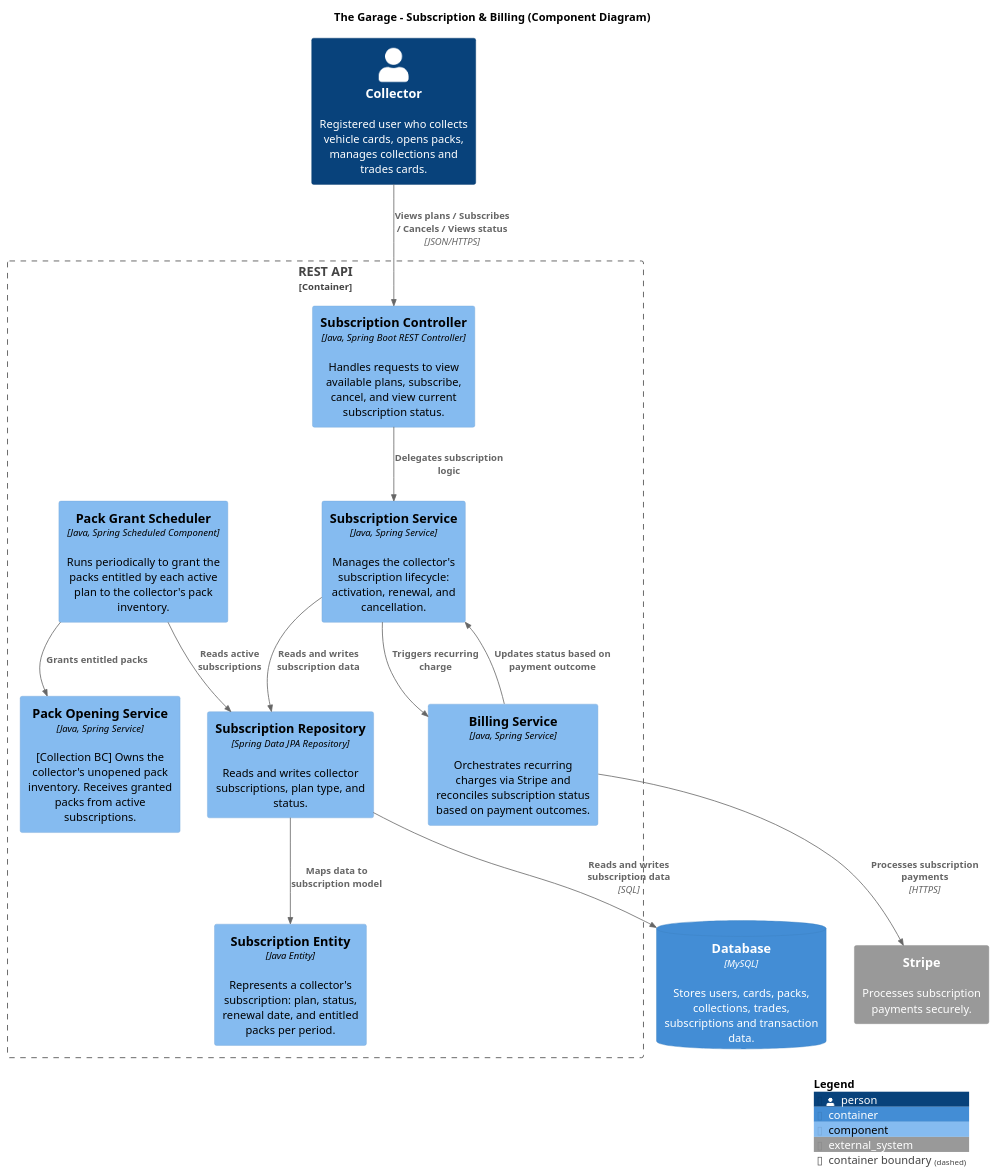
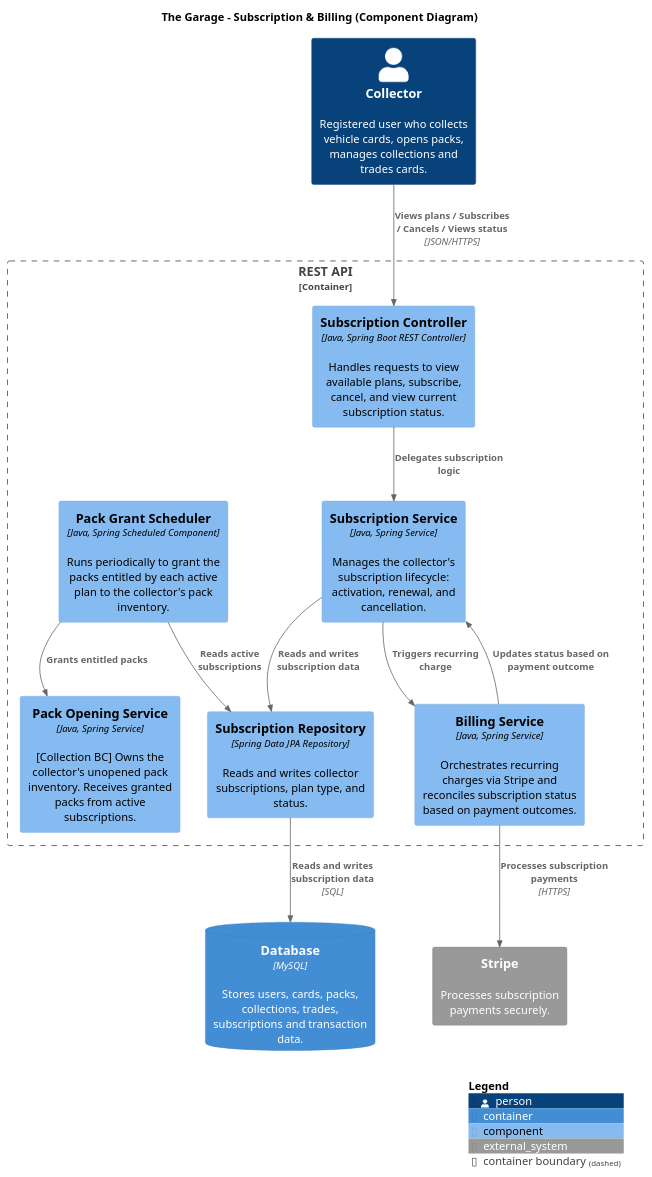
The diagram in diagrams/ComponentDiagrams/Subscription-ComponentDiagram.puml (the-garage-studio/the-garage-c4-model-design), drawn with PlantUML before and after one commit.

Commit message:
update: fix some problems with the subscription component diagram code

```diff
--- a/diagrams/ComponentDiagrams/Subscription-ComponentDiagram.puml
+++ b/diagrams/ComponentDiagrams/Subscription-ComponentDiagram.puml
@@ -1,45 +1,43 @@
 @startuml Subscription_ComponentDiagram
 !include https://raw.githubusercontent.com/plantuml-stdlib/C4-PlantUML/master/C4_Component.puml
 
 LAYOUT_WITH_LEGEND()
 
 title The Garage - Subscription & Billing (Component Diagram)
 
 Person(collector, "Collector", "Registered user who collects vehicle cards, opens packs, manages collections and trades cards.")
 
 System_Ext(stripe, "Stripe", "Processes subscription payments securely.")
 
 Container_Boundary(api, "REST API") {
 
     Component(subscription_controller, "Subscription Controller", "Java, Spring Boot REST Controller", "Handles requests to view available plans, subscribe, cancel, and view current subscription status.")
 
     Component(subscription_service, "Subscription Service", "Java, Spring Service", "Manages the collector's subscription lifecycle: activation, renewal, and cancellation.")
     Component(billing_service, "Billing Service", "Java, Spring Service", "Orchestrates recurring charges via Stripe and reconciles subscription status based on payment outcomes.")
     Component(pack_grant_scheduler, "Pack Grant Scheduler", "Java, Spring Scheduled Component", "Runs periodically to grant the packs entitled by each active plan to the collector's pack inventory.")
 
     Component(pack_opening_service, "Pack Opening Service", "Java, Spring Service", "[Collection BC] Owns the collector's unopened pack inventory. Receives granted packs from active subscriptions.")
 
     Component(subscription_repository, "Subscription Repository", "Spring Data JPA Repository", "Reads and writes collector subscriptions, plan type, and status.")
-    Component(subscription_entity, "Subscription Entity", "Java Entity", "Represents a collector's subscription: plan, status, renewal date, and entitled packs per period.")
 }
 
 ContainerDb(database, "Database", "MySQL", "Stores users, cards, packs, collections, trades, subscriptions and transaction data.")
 
 Rel(collector, subscription_controller, "Views plans / Subscribes / Cancels / Views status", "JSON/HTTPS")
 
 Rel(subscription_controller, subscription_service, "Delegates subscription logic")
 
 Rel(subscription_service, subscription_repository, "Reads and writes subscription data")
 Rel(subscription_service, billing_service, "Triggers recurring charge")
 
 Rel(billing_service, stripe, "Processes subscription payments", "HTTPS")
 Rel(billing_service, subscription_service, "Updates status based on payment outcome")
 
 Rel(pack_grant_scheduler, subscription_repository, "Reads active subscriptions")
 Rel(pack_grant_scheduler, pack_opening_service, "Grants entitled packs")
 
-Rel(subscription_repository, subscription_entity, "Maps data to subscription model")
 Rel(subscription_repository, database, "Reads and writes subscription data", "SQL")
 
 SHOW_LEGEND()
 @enduml
```
